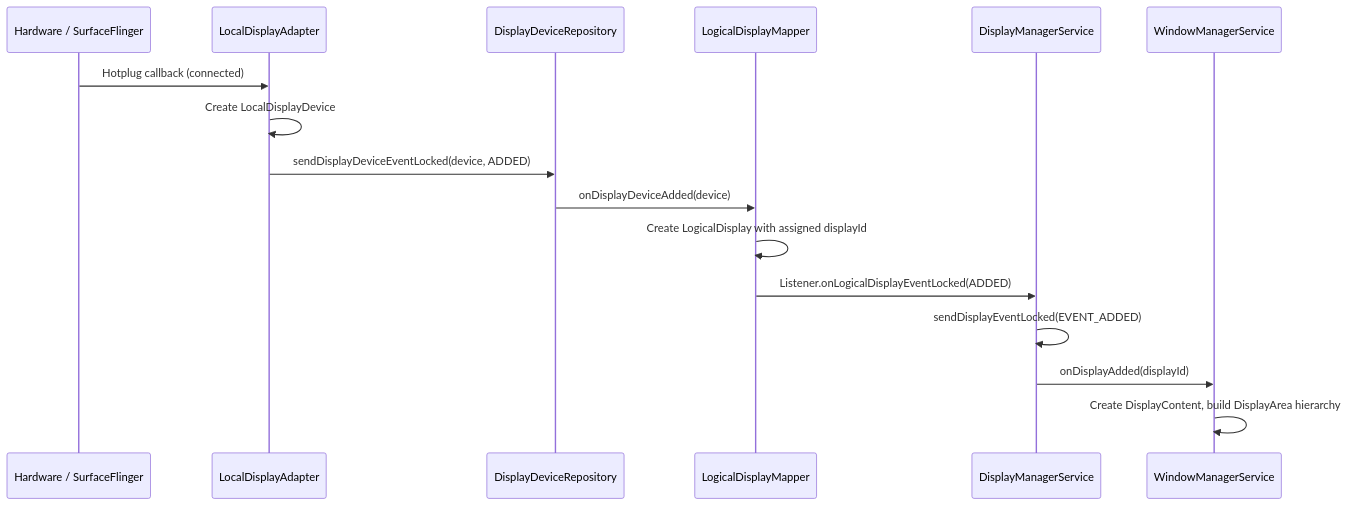
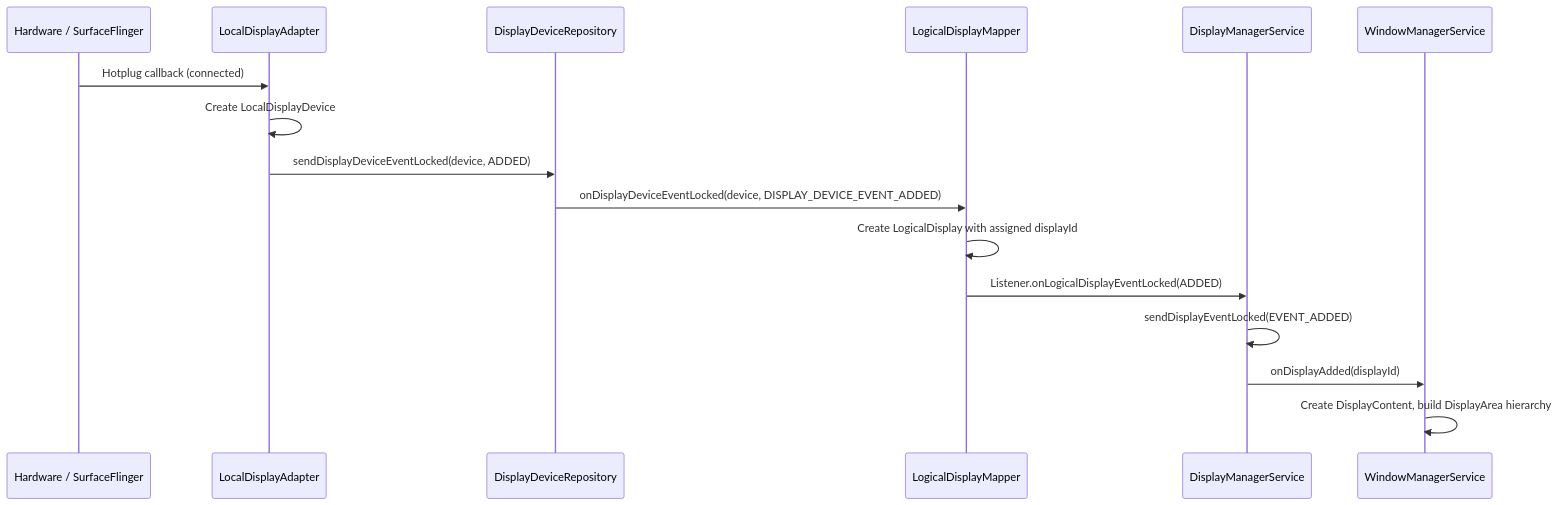
The fourth of 43 diagrams in agents/claude/skills/aosp-framework-core/24-display-system.md (aospbooks/aosp-internal-book), drawn with Mermaid before and after one commit. The commit also changed other lines of this file and 218 other files, not shown here.

````diff
--- a/agents/claude/skills/aosp-framework-core/24-display-system.md
+++ b/agents/claude/skills/aosp-framework-core/24-display-system.md
@@ -245,19 +248,19 @@
 ```mermaid
 sequenceDiagram
     participant HW as Hardware / SurfaceFlinger
     participant LDA as LocalDisplayAdapter
     participant DDR as DisplayDeviceRepository
     participant LDM as LogicalDisplayMapper
     participant DMS as DisplayManagerService
     participant WMS as WindowManagerService
 
     HW->>LDA: Hotplug callback (connected)
     LDA->>LDA: Create LocalDisplayDevice
     LDA->>DDR: sendDisplayDeviceEventLocked(device, ADDED)
-    DDR->>LDM: onDisplayDeviceAdded(device)
+    DDR->>LDM: onDisplayDeviceEventLocked(device, DISPLAY_DEVICE_EVENT_ADDED)
     LDM->>LDM: Create LogicalDisplay with assigned displayId
     LDM->>DMS: Listener.onLogicalDisplayEventLocked(ADDED)
     DMS->>DMS: sendDisplayEventLocked(EVENT_ADDED)
     DMS->>WMS: onDisplayAdded(displayId)
     WMS->>WMS: Create DisplayContent, build DisplayArea hierarchy
 ```
````
